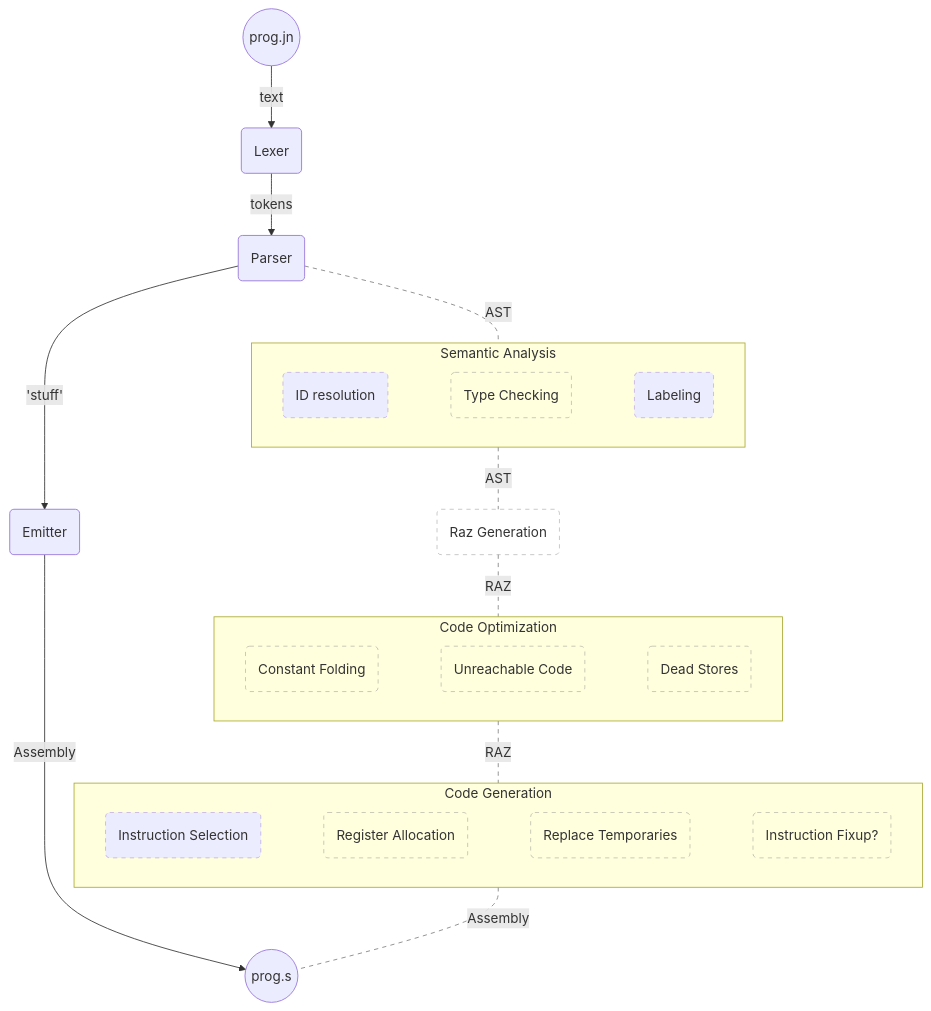
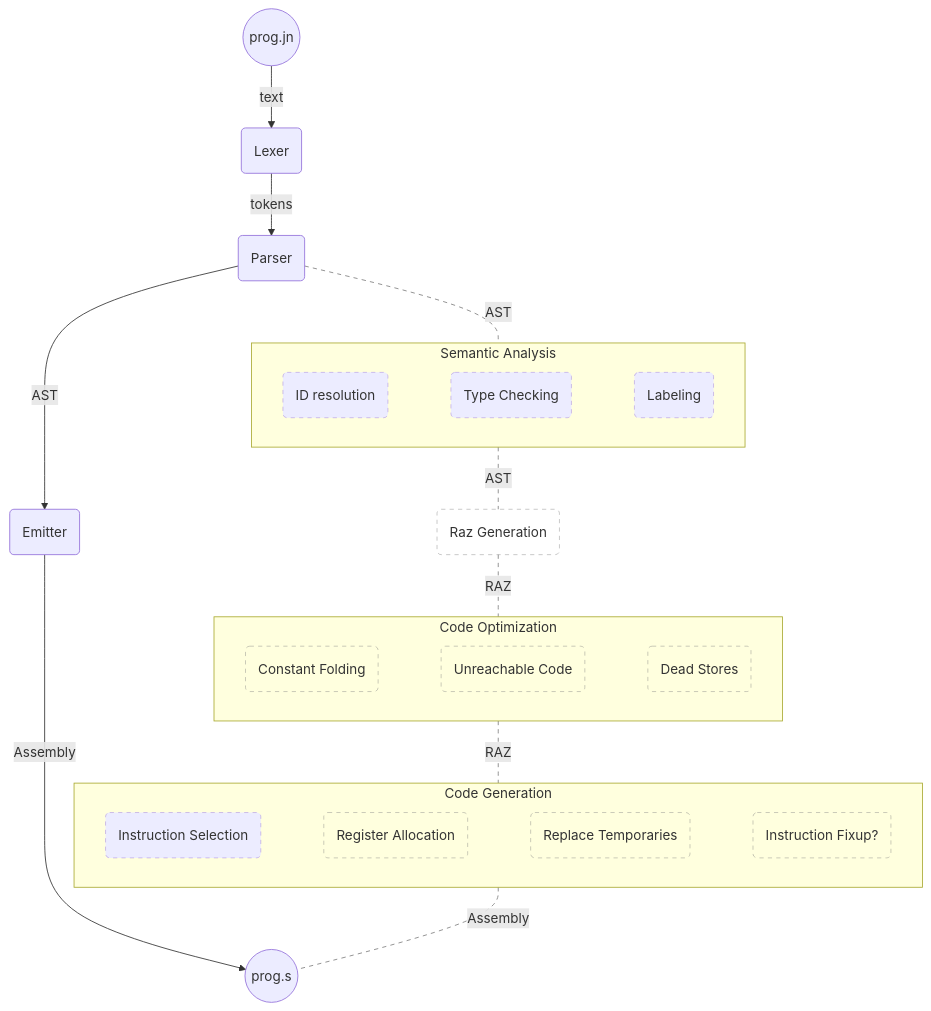
The diagram in documentation/docs/system/status.md (barneyb/johann), drawn with Mermaid before and after one commit. The commit also changed 2 other files, not shown here.

Commit message:
version docs

````diff
--- a/documentation/docs/system/status.md
+++ b/documentation/docs/system/status.md
@@ -48,46 +48,46 @@
 ```mermaid
 flowchart TB
     in((prog.jn)) 
     lex(Lexer)
     parse(Parser)
     raz(Raz Generation)
     emit(Emitter)
     out((prog.s))
     
     subgraph sem [Semantic Analysis]
         idres(ID resolution)
         tc(Type Checking)
         lbl(Labeling)
     end
     subgraph opt [Code Optimization]
         const(Constant Folding)
         noreach(Unreachable Code)
         dead(Dead Stores)
     end
     subgraph gen [Code Generation]
         ins(Instruction Selection)
         regalloc(Register Allocation)
         temps(Replace Temporaries)
         fixup(Instruction Fixup?)
     end
     
     classDef partial stroke-width:0.5px,stroke-dasharray:5;
-    class idres,lbl,ins partial;
+    class idres,lbl,tc,ins partial;
     classDef future fill:none,stroke:#808080,stroke-width:0.5px,stroke-dasharray:5 5;
-    class sem,gen,tc,raz,const,noreach,dead,regalloc,temps,fixup future;
+    class sem,gen,raz,const,noreach,dead,regalloc,temps,fixup future;
     
     parse ---|AST| sem
     sem ---|AST| raz ---|RAZ| opt  ---|RAZ| gen
     gen ---|Assembly| out
     
     linkStyle 0,1,2,3,4 stroke:#808080,stroke-dasharray:5;
     
     in -->|text| lex
     lex -->|tokens| parse
-    parse -->|"'stuff'"| emit ---->|Assembly| out
+    parse -->|AST| emit ---->|Assembly| out
     
     %% force unlinked subgraphs to lay out horizontally
     idres ~~~ tc ~~~ lbl
     const ~~~ noreach ~~~ dead
     ins ~~~ regalloc ~~~ temps ~~~ fixup
 ```
````
